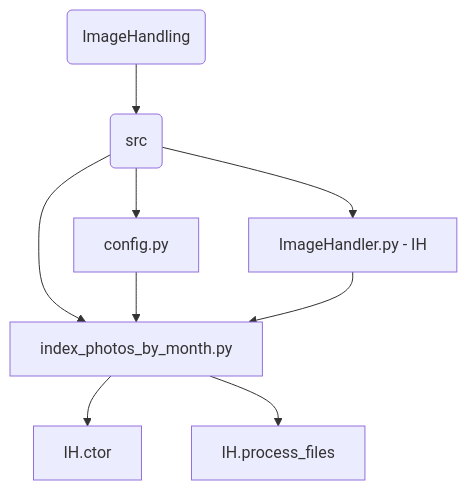
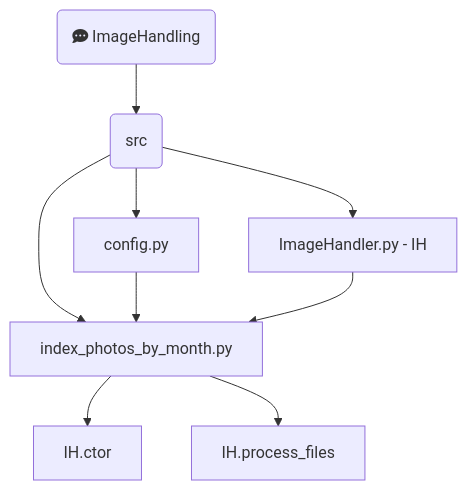
One commit to aadennis/PythonSandboxAA changed the diagram in ImageHandling/docs/photo_indexer.md. Above: the diagram before and after it, drawn with Mermaid.

````diff
--- a/ImageHandling/docs/photo_indexer.md
+++ b/ImageHandling/docs/photo_indexer.md
@@ -6,24 +6,22 @@
 ```mermaid
 %% conventions: folders-F, modules-M,methods-m
 graph TD
 %% Nodes
-    F1(ImageHandling)
+    F1(fa:fa-comment-dots ImageHandling)
     F2(src)
     M1[index_photos_by_month.py]
     M2[config.py]
     M3[ImageHandler.py - IH]
     m1[IH.ctor]
     m2[IH.process_files]
 %% Node connections
     F1 --> F2
     F2 --> M1
     F2 --> M2
     F2 --> M3
     M2 --> M1
     M3 --> M1
     M1 --> m1
-    M1 --> m2
-    
-
+    M1 --> m2 
     
 ```
````
